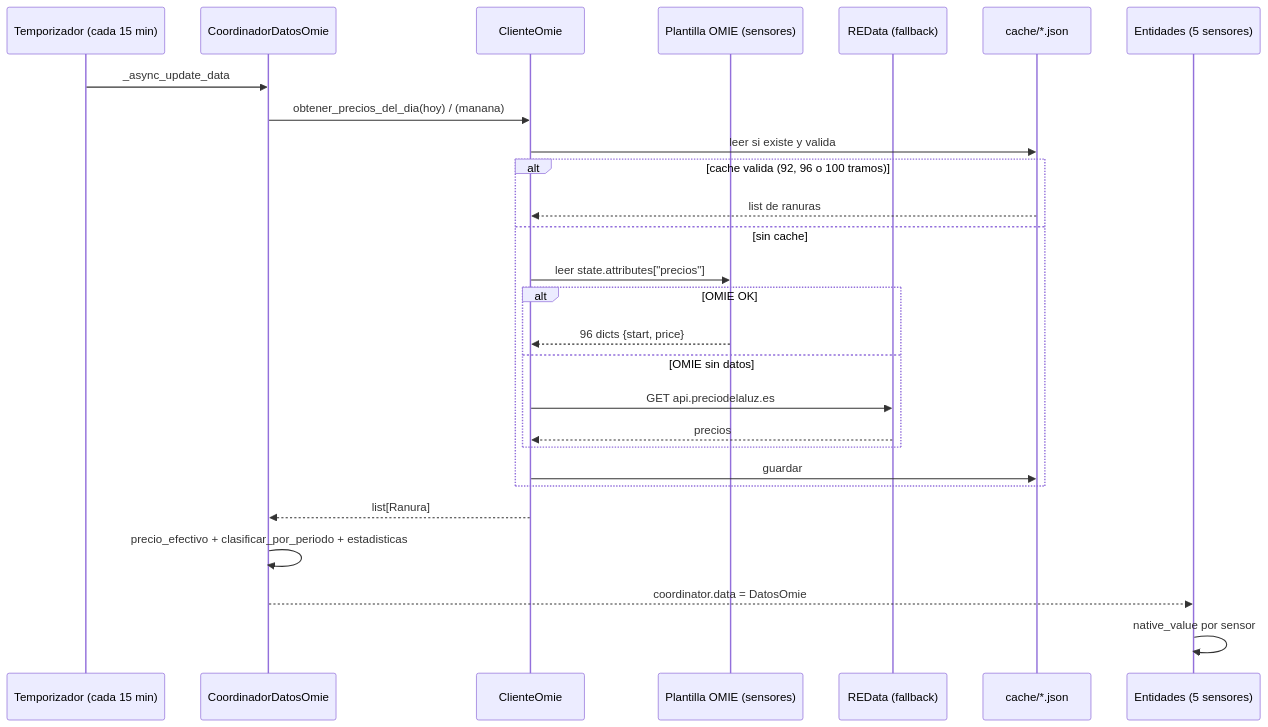
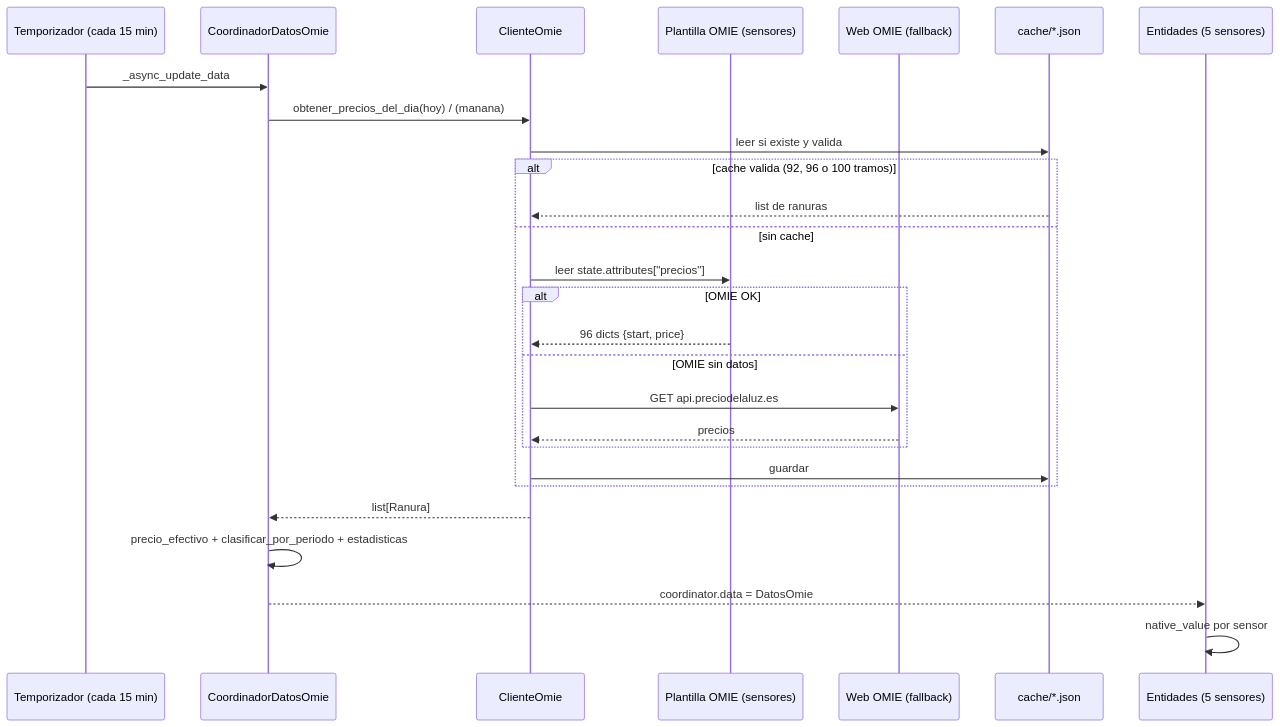
One commit to acarrilloa/optimizador-bateria-omie changed the second of 4 diagrams in SPEC.md. Above: the diagram before and after it, drawn with Mermaid. The commit also changed other lines of this file and 8 other files, not shown here.

First line of the commit message:
feat(0.10.2): fallback web oficial de OMIE, eliminación de REData y atributos compactos

````diff
--- a/SPEC.md
+++ b/SPEC.md
@@ -169,29 +170,29 @@
 ```mermaid
 sequenceDiagram
   participant T as Temporizador (cada 15 min)
   participant C as CoordinadorDatosOmie
   participant CL as ClienteOmie
   participant P as Plantilla OMIE (sensores)
-  participant R as REData (fallback)
+  participant R as Web OMIE (fallback)
   participant Cache as cache/*.json
   participant E as Entidades (5 sensores)
   T->>C: _async_update_data
   C->>CL: obtener_precios_del_dia(hoy) / (manana)
   CL->>Cache: leer si existe y valida
   alt cache valida (92, 96 o 100 tramos)
     Cache-->>CL: list de ranuras
   else sin cache
     CL->>P: leer state.attributes["precios"]
     alt OMIE OK
       P-->>CL: 96 dicts {start, price}
     else OMIE sin datos
       CL->>R: GET api.preciodelaluz.es
       R-->>CL: precios
     end
     CL->>Cache: guardar
   end
   CL-->>C: list[Ranura]
   C->>C: precio_efectivo + clasificar_por_periodo + estadisticas
   C-->>E: coordinator.data = DatosOmie
   E->>E: native_value por sensor
 ```
````
